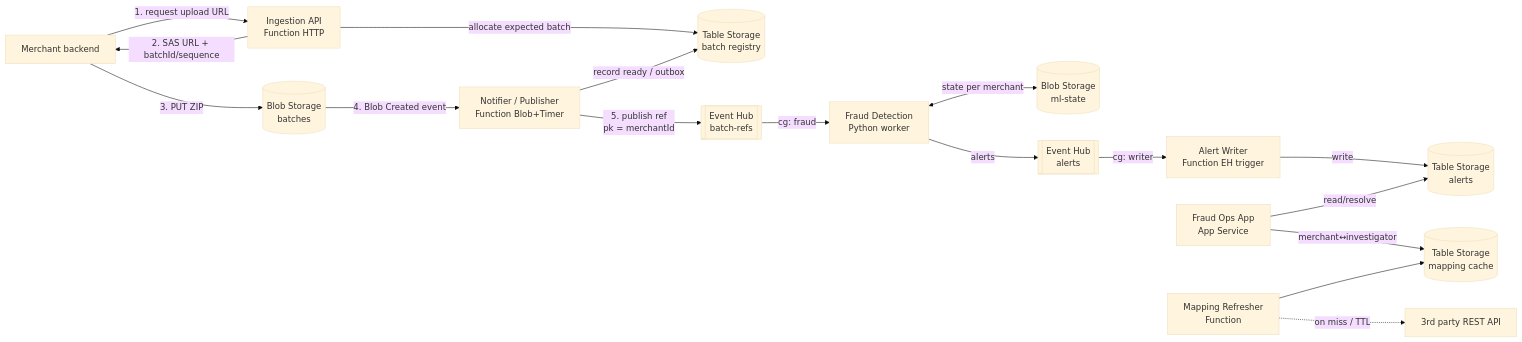
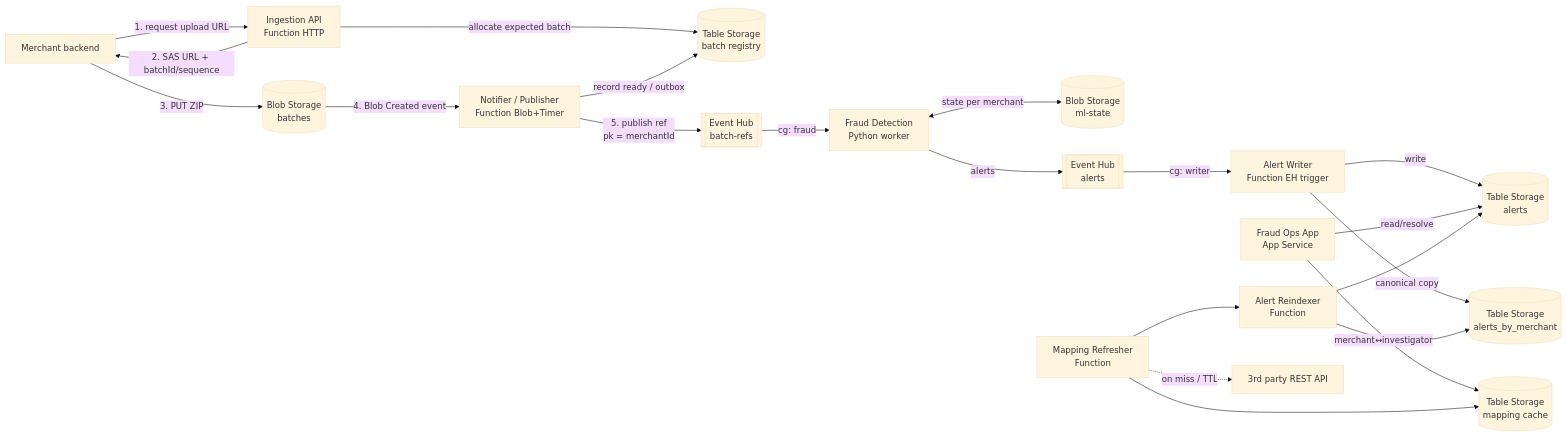
Before and after one commit to martinlejko/IoT_project: the diagram in semestral-project-assignment-b.md, drawn with Mermaid (base theme). The commit also changed other lines of this file, not shown here.

First line of the commit message:
Assignment B: add batch registry schema, reindexer, and restore partition sizing

````diff
--- a/semestral-project-assignment-b.md
+++ b/semestral-project-assignment-b.md
@@ -29,22 +29,26 @@
 ```mermaid
 flowchart LR
     M[Merchant backend] -->|1. request upload URL| ING[Ingestion API\nFunction HTTP]
     ING -->|2. SAS URL + batchId/sequence| M
     M -->|3. PUT ZIP| BLOB[(Blob Storage\nbatches)]
     BLOB -->|4. Blob Created event| NOTIFY[Notifier / Publisher\nFunction Blob+Timer]
     ING -->|allocate expected batch| REG[(Table Storage\nbatch registry)]
     NOTIFY -->|record ready / outbox| REG[(Table Storage\nbatch registry)]
     NOTIFY -->|5. publish ref\npk = merchantId| EH[[Event Hub\nbatch-refs]]
 
     EH -->|cg: fraud| FD[Fraud Detection\nPython worker]
     FD <-->|state per merchant| STATE[(Blob Storage\nml-state)]
     FD -->|alerts| EHA[[Event Hub\nalerts]]
 
     EHA -->|cg: writer| AW[Alert Writer\nFunction EH trigger]
     AW -->|write| ALERTS[(Table Storage\nalerts)]
+    AW -->|canonical copy| ABM[(Table Storage\nalerts_by_merchant)]
 
     APP[Fraud Ops App\nApp Service] -->|read/resolve| ALERTS
     APP -->|merchant↔investigator| CACHE[(Table Storage\nmapping cache)]
     REFRESH[Mapping Refresher\nFunction] --> CACHE
+    REFRESH --> REINDEX[Alert Reindexer\nFunction]
+    REINDEX --> ALERTS
+    REINDEX --> ABM
     REFRESH -.->|on miss / TTL| THIRD[3rd party REST API]
 ```
````
